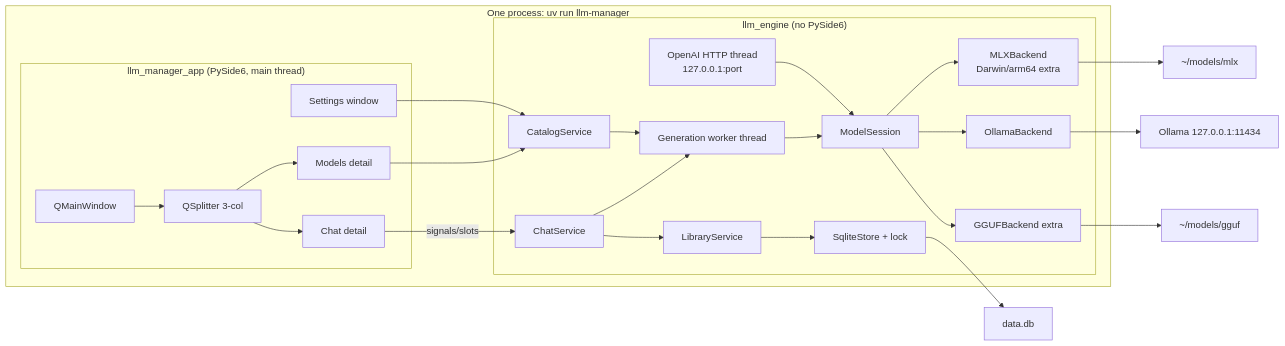
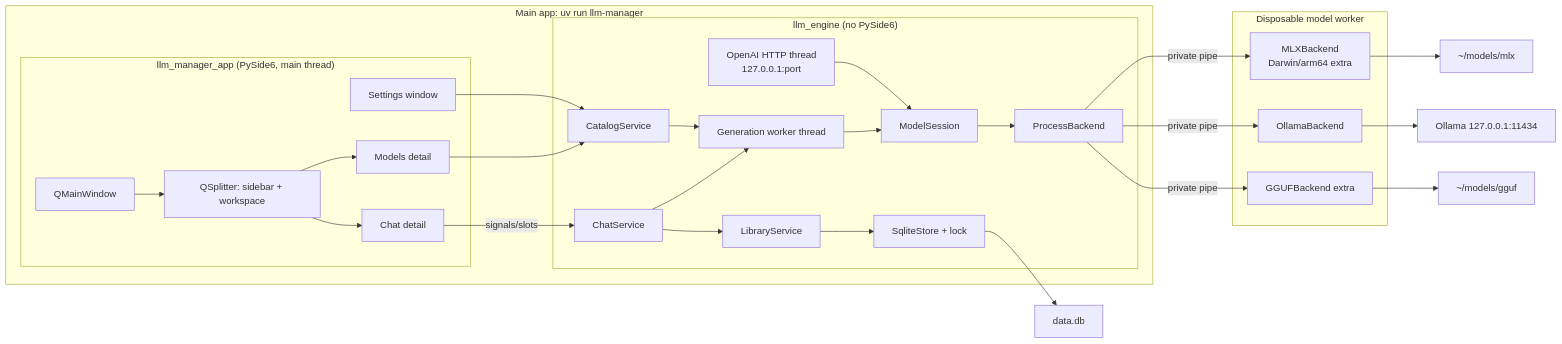
The first of 2 diagrams in DESIGN.md (FincoDinco/orchevian), drawn with Mermaid before and after one commit. The commit also changed other lines of this file and 36 other files, not shown here.

````diff
--- a/DESIGN.md
+++ b/DESIGN.md
@@ -224,39 +230,45 @@
 ```mermaid
 flowchart LR
-  subgraph proc["One process: uv run llm-manager"]
+  subgraph proc["Main app: uv run llm-manager"]
     subgraph qt["llm_manager_app (PySide6, main thread)"]
       Win["QMainWindow"]
-      Split["QSplitter 3-col"]
+      Split["QSplitter: sidebar + workspace"]
       ChatUI["Chat detail"]
       ModelsUI["Models detail"]
       Settings["Settings window"]
       Win --> Split --> ChatUI
       Split --> ModelsUI
     end
     subgraph eng["llm_engine (no PySide6)"]
       ChatSvc["ChatService"]
       Catalog["CatalogService"]
       Library["LibraryService"]
       Store["SqliteStore + lock"]
       Session["ModelSession"]
       API["OpenAI HTTP thread\n127.0.0.1:port"]
       Worker["Generation worker thread"]
       ChatSvc --> Worker
       Catalog --> Worker
       Worker --> Session
       ChatSvc --> Library
       Library --> Store
-      Session --> MLX["MLXBackend\nDarwin/arm64 extra"]
-      Session --> Oll["OllamaBackend"]
-      Session --> GG["GGUFBackend extra"]
+      Session --> Runtime["ProcessBackend"]
       API --> Session
     end
     ChatUI -->|signals/slots| ChatSvc
     ModelsUI --> Catalog
     Settings --> Catalog
   end
+  subgraph model["Disposable model worker"]
+    MLX["MLXBackend\nDarwin/arm64 extra"]
+    Oll["OllamaBackend"]
+    GG["GGUFBackend extra"]
+  end
+  Runtime -->|private pipe| MLX
+  Runtime -->|private pipe| Oll
+  Runtime -->|private pipe| GG
   Store --> DB["data.db"]
   Oll --> Ollama["Ollama 127.0.0.1:11434"]
   MLX --> ModelsDir["~/models/mlx"]
   GG --> ModelsDir2["~/models/gguf"]
 ```
````
